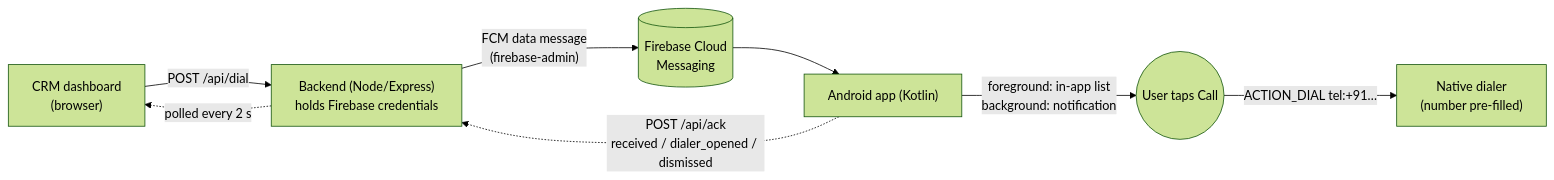
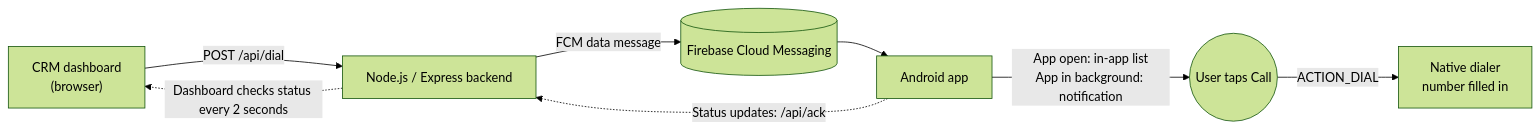
One commit to s9103/LeadZam-click-to-call- changed the diagram in README.md. Above: the diagram before and after it, drawn with Mermaid (forest theme). The commit also changed other lines of this file and 2 other files, not shown here.

````diff
--- a/README.md
+++ b/README.md
@@ -5,10 +25,10 @@
-```mermaid
+``` mermaid
 flowchart LR
-    UI["CRM dashboard<br/>(browser)"] -- "POST /api/dial" --> API["Backend (Node/Express)<br/>holds Firebase credentials"]
-    API -- "FCM data message<br/>(firebase-admin)" --> FCM[("Firebase Cloud<br/>Messaging")]
-    FCM --> APP["Android app (Kotlin)"]
-    APP -- "foreground: in-app list<br/>background: notification" --> USER(("User taps Call"))
-    USER -- "ACTION_DIAL tel:+91…" --> DIALER["Native dialer<br/>(number pre-filled)"]
-    APP -. "POST /api/ack<br/>received / dialer_opened / dismissed" .-> API
-    API -. "polled every 2 s" .-> UI
+    UI["CRM dashboard<br/>(browser)"] -- "POST /api/dial" --> API["Node.js / Express backend"]
+    API -- "FCM data message" --> FCM[("Firebase Cloud Messaging")]
+    FCM --> APP["Android app"]
+    APP -- "App open: in-app list<br/>App in background: notification" --> USER(("User taps Call"))
+    USER -- "ACTION_DIAL" --> DIALER["Native dialer<br/>number filled in"]
+    APP -. "Status updates: /api/ack" .-> API
+    API -. "Dashboard checks status every 2 seconds" .-> UI
 ```
````
